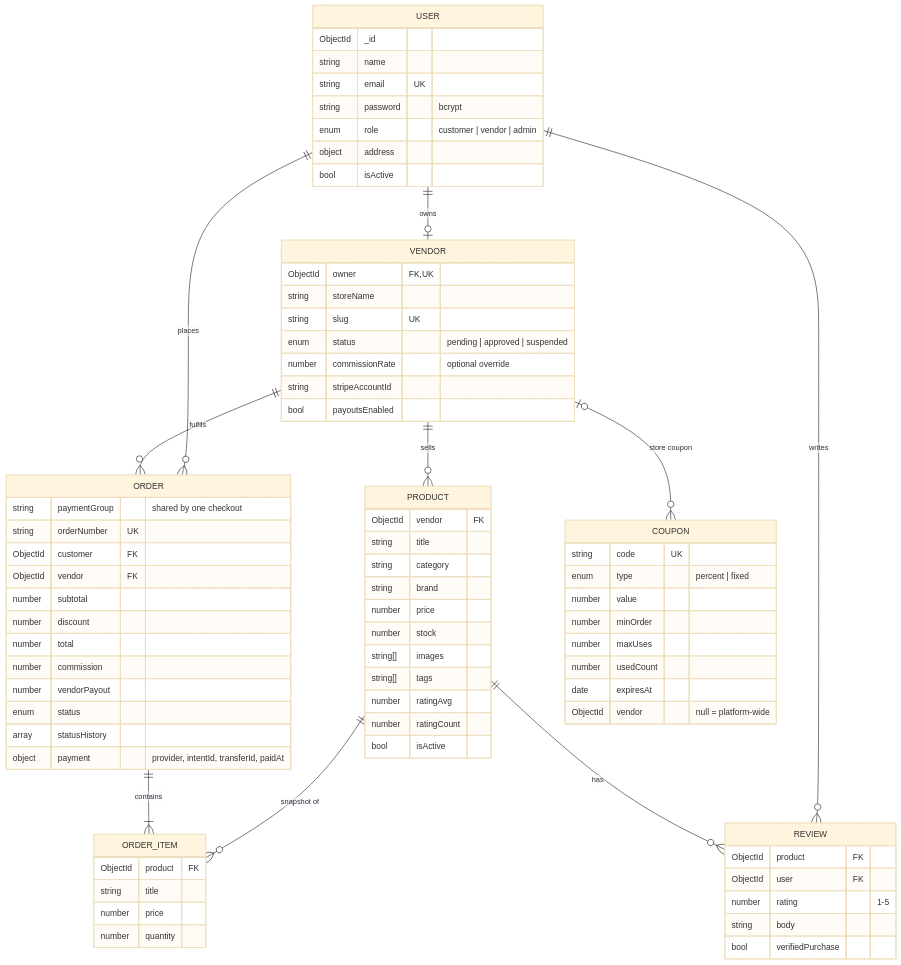
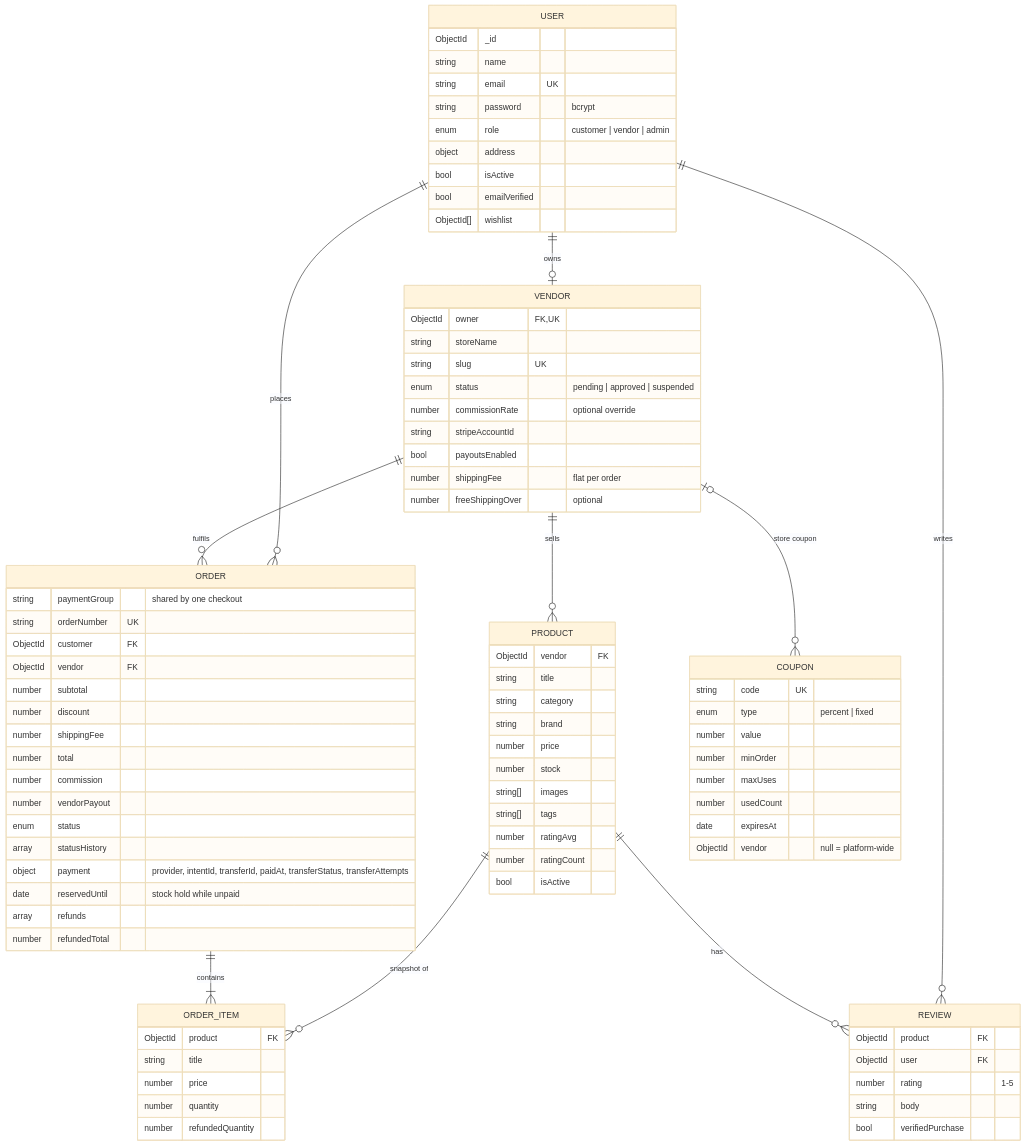
One commit to unknowndevice077/Internship changed the fourth of 4 diagrams in docs/ARCHITECTURE.md. Above: the diagram before and after it, drawn with Mermaid (base theme). The commit also changed other lines of this file and 5 other files, not shown here.

Commit message:
Update docs for payouts, refunds, shipping and the TypeScript client

```diff
--- a/docs/ARCHITECTURE.md
+++ b/docs/ARCHITECTURE.md
@@ -99,6 +111,8 @@
       enum role "customer | vendor | admin"
       object address
       bool isActive
+      bool emailVerified
+      ObjectId[] wishlist
     }
     VENDOR {
       ObjectId owner FK,UK
@@ -108,6 +122,8 @@
       number commissionRate "optional override"
       string stripeAccountId
       bool payoutsEnabled
+      number shippingFee "flat per order"
+      number freeShippingOver "optional"
     }
     PRODUCT {
       ObjectId vendor FK
@@ -129,18 +145,23 @@
       ObjectId vendor FK
       number subtotal
       number discount
+      number shippingFee
       number total
       number commission
       number vendorPayout
       enum status
       array statusHistory
-      object payment "provider, intentId, transferId, paidAt"
+      object payment "provider, intentId, transferId, paidAt, transferStatus, transferAttempts"
+      date reservedUntil "stock hold while unpaid"
+      array refunds
+      number refundedTotal
     }
     ORDER_ITEM {
       ObjectId product FK
       string title
       number price
       number quantity
+      number refundedQuantity
     }
     REVIEW {
       ObjectId product FK
```
